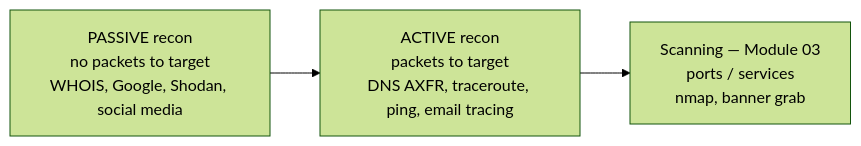
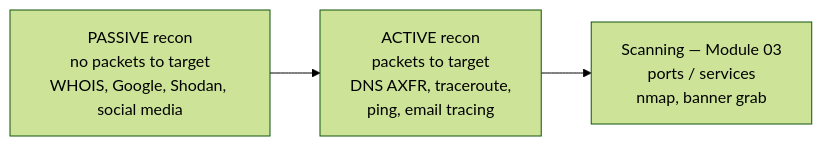
One commit to morandeirachema/CyberCerts changed the diagram in certs/ceh/modules/02-footprinting-and-reconnaissance/README.md. Above: the diagram before and after it, drawn with Mermaid (forest theme). The commit also changed other lines of this file and 106 other files, not shown here.

````diff
--- a/certs/ceh/modules/02-footprinting-and-reconnaissance/README.md
+++ b/certs/ceh/modules/02-footprinting-and-reconnaissance/README.md
@@ -21,4 +21,4 @@
 ```mermaid
 flowchart LR
-    P["PASSIVE recon<br/>no packets to target<br/>WHOIS, Google, Shodan, social media"] --> A["ACTIVE recon<br/>packets to target<br/>DNS AXFR, traceroute, ping, email tracing"] --> S["Scanning — Module 03<br/>ports / services<br/>nmap, banner grab"]
+    P["PASSIVE recon<br/>no packets to target<br/>WHOIS, Google, Shodan, social media"] --> A["ACTIVE recon<br/>packets to target<br/>DNS AXFR, traceroute,<br/>ping, email tracing"] --> S["Scanning — Module 03<br/>ports / services<br/>nmap, banner grab"]
 ```
````
